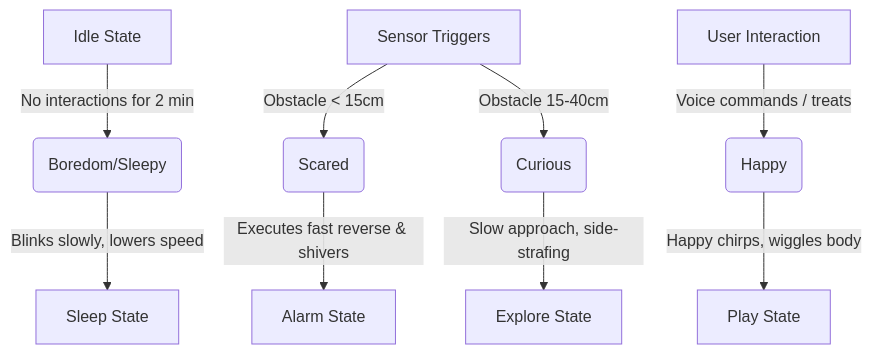
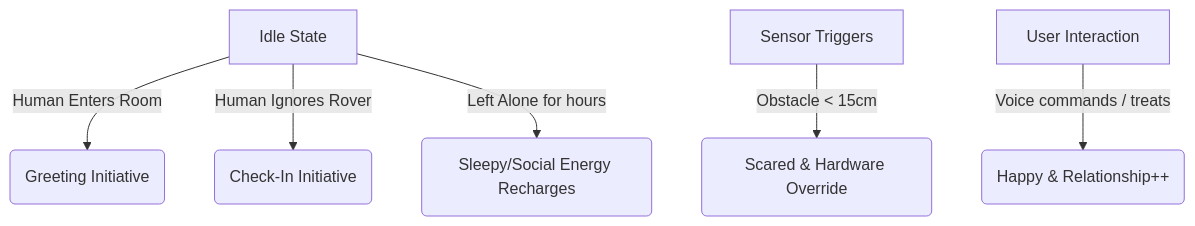
One commit to HumaidhMilhan/AURUS-1.0 changed the diagram in docs/rover_buddy_concept.md. Above: the diagram before and after it, drawn with Mermaid. The commit also changed other lines of this file and 18 other files, not shown here.

Commit message:
feat: initialize core rover architecture with web interface, vision system, and Gemini-powered brain

````diff
--- a/docs/rover_buddy_concept.md
+++ b/docs/rover_buddy_concept.md
@@ -66,12 +46,8 @@
 ```mermaid
 graph TD
-    A[Idle State] -->|No interactions for 2 min| B(Boredom/Sleepy)
-    C[Sensor Triggers] -->|Obstacle < 15cm| D(Scared)
-    C -->|Obstacle 15-40cm| E(Curious)
-    F[User Interaction] -->|Voice commands / treats| G(Happy)
-    
-    B -->|Blinks slowly, lowers speed| H[Sleep State]
-    D -->|Executes fast reverse & shivers| I[Alarm State]
-    E -->|Slow approach, side-strafing| J[Explore State]
-    G -->|Happy chirps, wiggles body| K[Play State]
+    A[Idle State] -->|Human Enters Room| B(Greeting Initiative)
+    A -->|Human Ignores Rover| C(Check-In Initiative)
+    A -->|Left Alone for hours| D(Sleepy/Social Energy Recharges)
+    E[Sensor Triggers] -->|Obstacle < 15cm| F(Scared & Hardware Override)
+    G[User Interaction] -->|Voice commands / treats| H(Happy & Relationship++)
 ```
````
